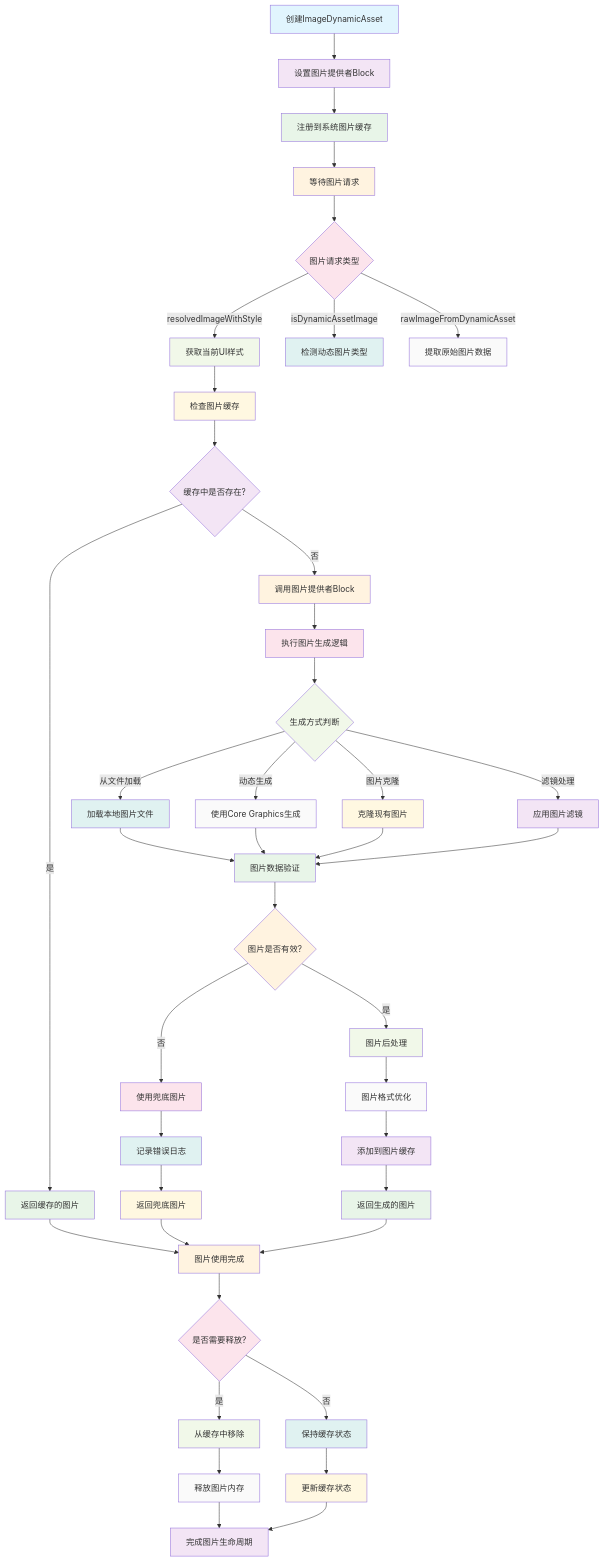
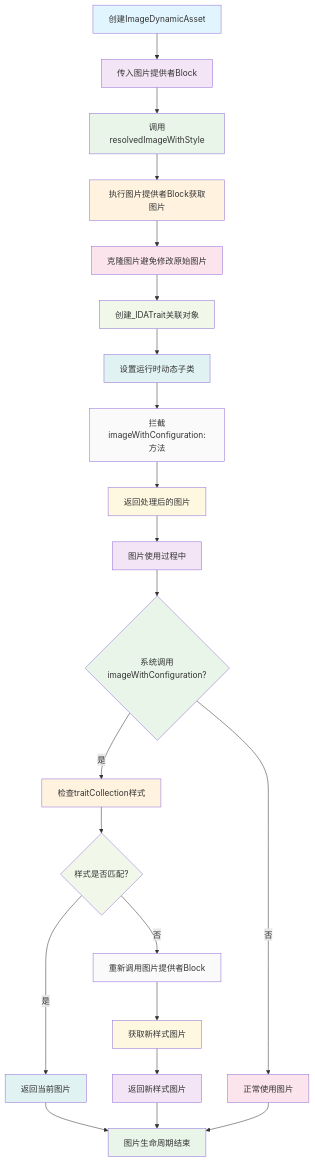
One commit to YLCHUN/LithFdn.mds changed the diagram in DynamicImage/README.md. Above: the diagram before and after it, drawn with Mermaid. The commit also changed other lines of this file, not shown here.

````diff
--- a/DynamicImage/README.md
+++ b/DynamicImage/README.md
@@ -16,58 +16,33 @@
 ```mermaid
 flowchart TD
-    A[创建ImageDynamicAsset] --> B[设置图片提供者Block]
-    B --> C[注册到系统图片缓存]
+    A[创建ImageDynamicAsset] --> B[传入图片提供者Block]
+    B --> C[调用resolvedImageWithStyle]
     
-    C --> D[等待图片请求]
-    D --> E{图片请求类型}
+    C --> D[执行图片提供者Block获取图片]
+    D --> E[克隆图片避免修改原始图片]
     
-    E -->|resolvedImageWithStyle| F[获取当前UI样式]
-    E -->|isDynamicAssetImage| G[检测动态图片类型]
-    E -->|rawImageFromDynamicAsset| H[提取原始图片数据]
+    E --> F[创建_IDATrait关联对象]
+    F --> G[设置运行时动态子类]
     
-    F --> I[检查图片缓存]
-    I --> J{缓存中是否存在?}
+    G --> H[拦截imageWithConfiguration:方法]
+    H --> I[返回处理后的图片]
     
-    J -->|是| K[返回缓存的图片]
-    J -->|否| L[调用图片提供者Block]
+    I --> J[图片使用过程中]
+    J --> K{系统调用imageWithConfiguration?}
     
-    L --> M[执行图片生成逻辑]
-    M --> N{生成方式判断}
+    K -->|是| L[检查traitCollection样式]
+    K -->|否| M[正常使用图片]
     
-    N -->|从文件加载| O[加载本地图片文件]
-    N -->|动态生成| P[使用Core Graphics生成]
-    N -->|图片克隆| Q[克隆现有图片]
-    N -->|滤镜处理| R[应用图片滤镜]
+    L --> N{样式是否匹配?}
+    N -->|是| O[返回当前图片]
+    N -->|否| P[重新调用图片提供者Block]
     
-    O --> S[图片数据验证]
-    P --> S
-    Q --> S
+    P --> Q[获取新样式图片]
+    Q --> R[返回新样式图片]
+    
+    O --> S[图片生命周期结束]
     R --> S
-    
-    S --> T{图片是否有效?}
-    T -->|否| U[使用兜底图片]
-    T -->|是| V[图片后处理]
-    
-    U --> W[记录错误日志]
-    V --> X[图片格式优化]
-    
-    W --> Y[返回兜底图片]
-    X --> Z[添加到图片缓存]
-    
-    Z --> AA[返回生成的图片]
-    K --> BB[图片使用完成]
-    Y --> BB
-    AA --> BB
-    
-    BB --> CC{是否需要释放?}
-    CC -->|是| DD[从缓存中移除]
-    CC -->|否| EE[保持缓存状态]
-    
-    DD --> FF[释放图片内存]
-    EE --> GG[更新缓存状态]
-    
-    FF --> HH[完成图片生命周期]
-    GG --> HH
+    M --> S
     
     style A fill:#e1f5fe
     style B fill:#f3e5f5
@@ -88,19 +63,4 @@
     style Q fill:#fff8e1
     style R fill:#f3e5f5
     style S fill:#e8f5e8
-    style T fill:#fff3e0
-    style U fill:#fce4ec
-    style V fill:#f1f8e9
-    style W fill:#e0f2f1
-    style X fill:#fafafa
-    style Y fill:#fff8e1
-    style Z fill:#f3e5f5
-    style AA fill:#e8f5e8
-    style BB fill:#fff3e0
-    style CC fill:#fce4ec
-    style DD fill:#f1f8e9
-    style EE fill:#e0f2f1
-    style FF fill:#fafafa
-    style GG fill:#fff8e1
-    style HH fill:#f3e5f5
 ```
````
